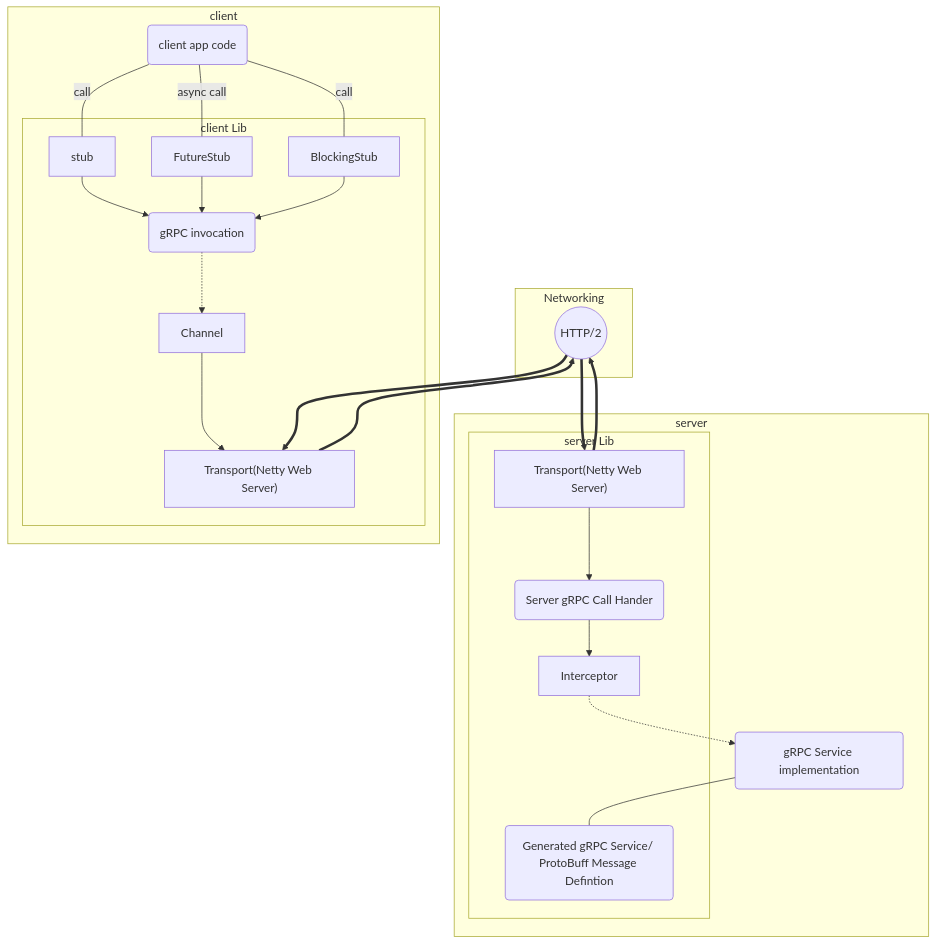
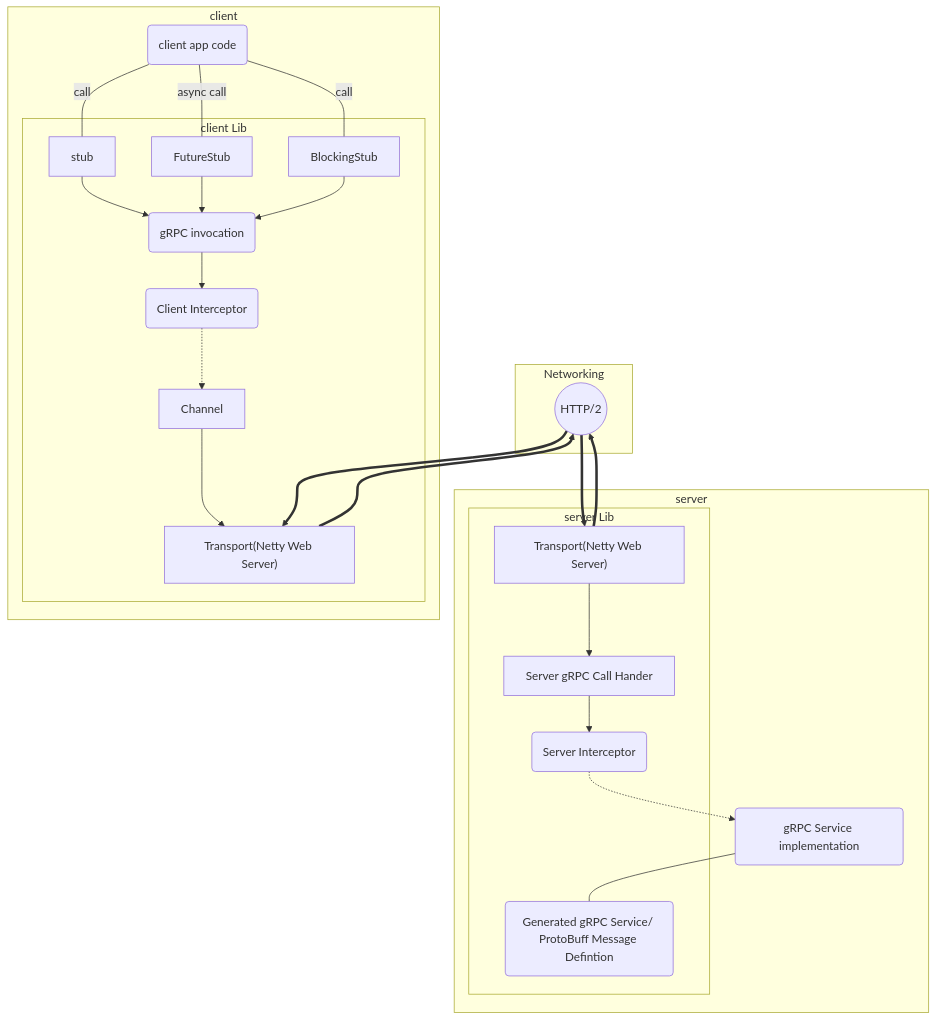
One commit to windperson/grpc-springboot-demo changed the diagram in docs/grpc-java-arch.mmd. Above: the diagram before and after it, drawn with Mermaid. The commit also changed 2 other files, not shown here.

```diff
--- a/docs/grpc-java-arch.mmd
+++ b/docs/grpc-java-arch.mmd
@@ -1,34 +1,35 @@
 graph TB
 
 subgraph Networking
   http2((HTTP/2))
 end
 
 subgraph server
   serverApp(gRPC Service implementation)
   serverApp --- SDL("Generated gRPC Service/ ProtoBuff Message Defintion")
-  Interceptor -.-> serverApp
+  ServerInterceptor("Server Interceptor") -.-> serverApp
   subgraph server Lib
     SDL
-    gRPCserverHandler(Server gRPC Call Hander) --> Interceptor
+    gRPCserverHandler["Server gRPC Call Hander"] --> ServerInterceptor
     ServerTransport["Transport(Netty Web Server)"] --> gRPCserverHandler
   end
 end
 
 subgraph client
     clientApp(client app code) ---|call| stub
     clientApp(client app code) ---|async call| FutureStub
     clientApp(client app code) ---|call| BlockingStub
     subgraph client Lib
-      stub --> gRPCClientInvoke(gRPC invocation)
-      FutureStub --> gRPCClientInvoke
-      BlockingStub --> gRPCClientInvoke
-      gRPCClientInvoke -.-> Channel
+      stub --> gRPCClientInvocation(gRPC invocation)
+      FutureStub --> gRPCClientInvocation
+      BlockingStub --> gRPCClientInvocation
+      gRPCClientInvocation --> ClientInterceptor("Client Interceptor")
+      ClientInterceptor -.-> Channel
       Channel --> ClientTransport["Transport(Netty Web Server)"]
     end
 end
 
 ClientTransport ==> http2
 http2 ==> ServerTransport
 ServerTransport ==> http2
 http2 ==> ClientTransport
```
